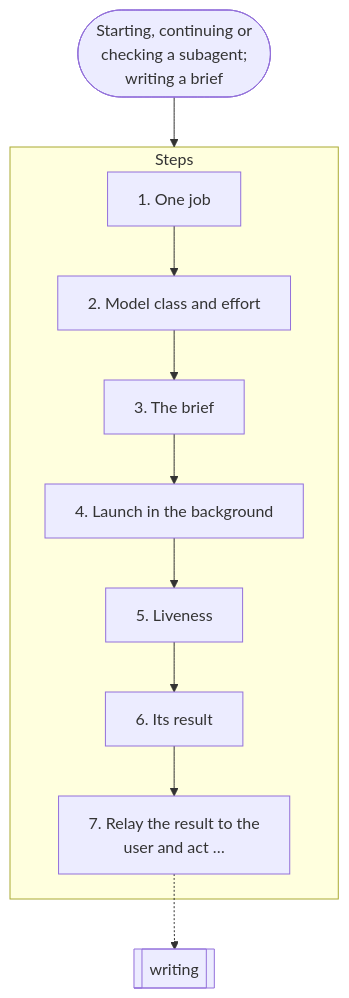
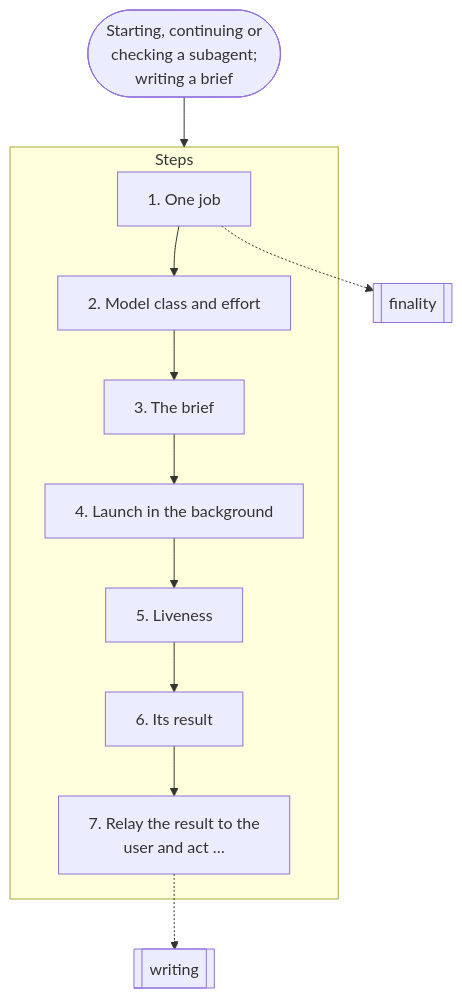
Before and after one commit to nitedani-agent/mergeworthy: the eighth of 19 diagrams in docs/graphs.md, drawn with Mermaid. The commit also changed other lines of this file and 24 other files, not shown here.

````diff
--- a/docs/graphs.md
+++ b/docs/graphs.md
@@ -205,21 +207,22 @@
 ```mermaid
 flowchart TB
   start(["Starting, continuing or<br/>checking a subagent;<br/>writing a brief"])
   subgraph g0["Steps"]
     s0["1. One job"]
     s1["2. Model class and effort"]
     s0 --> s1
     s2["3. The brief"]
     s1 --> s2
     s3["4. Launch in the background"]
     s2 --> s3
     s4["5. Liveness"]
     s3 --> s4
     s5["6. Its result"]
     s4 --> s5
     s6["7. Relay the result to the<br/>user and act …"]
     s5 --> s6
   end
-  s6 -.-> r1[["writing"]]
+  s0 -.-> r1[["finality"]]
+  s6 -.-> r2[["writing"]]
   start --> g0
 ```
````
